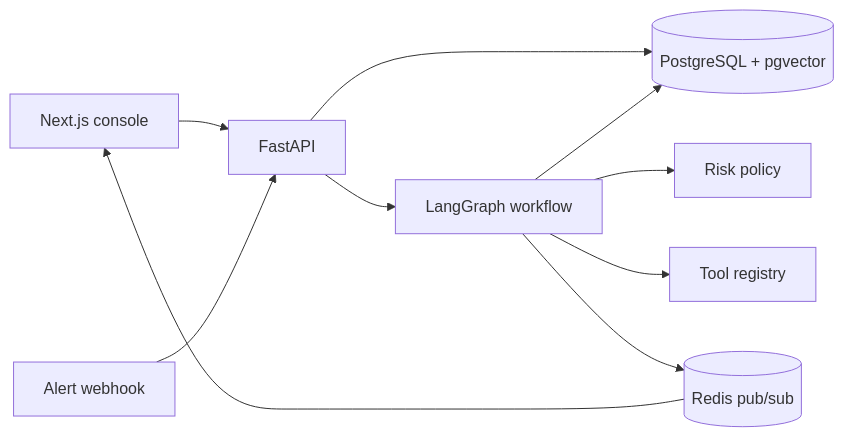
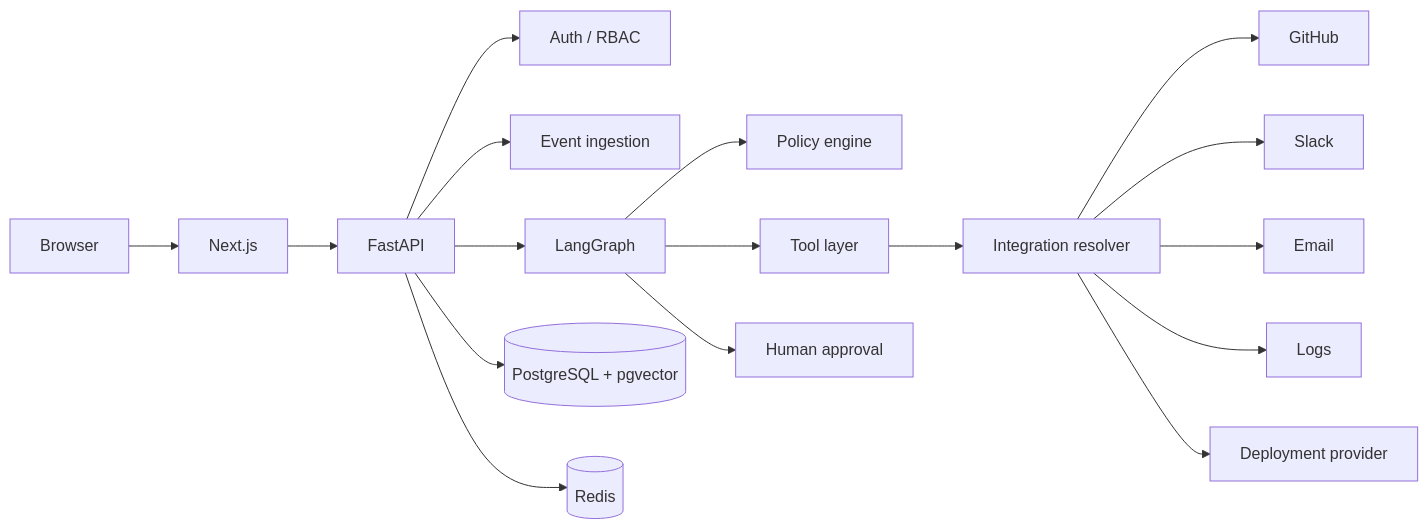
Before and after one commit to veeraputhiransv/opspilot-ai: the first of 2 diagrams in README.md, drawn with Mermaid. The commit also changed other lines of this file and 62 other files, not shown here.

````diff
--- a/README.md
+++ b/README.md
@@ -24,12 +51,19 @@
 ```mermaid
 flowchart LR
-  UI[Next.js console] --> API[FastAPI]
-  WH[Alert webhook] --> API
+  Browser --> Next[Next.js]
+  Next --> API[FastAPI]
+  API --> Auth[Auth / RBAC]
+  API --> Ingest[Event ingestion]
+  API --> Graph[LangGraph]
+  Graph --> Policy[Policy engine]
+  Graph --> Tools[Tool layer]
+  Tools --> Resolver[Integration resolver]
+  Resolver --> GitHub
+  Resolver --> Slack
+  Resolver --> Email
+  Resolver --> Logs
+  Resolver --> Deploy[Deployment provider]
+  Graph --> Human[Human approval]
   API --> PG[(PostgreSQL + pgvector)]
-  API --> G[LangGraph workflow]
-  G --> P[Risk policy]
-  G --> T[Tool registry]
-  G --> PG
-  G --> RD[(Redis pub/sub)]
-  RD --> UI
+  API --> Redis[(Redis)]
 ```
````
